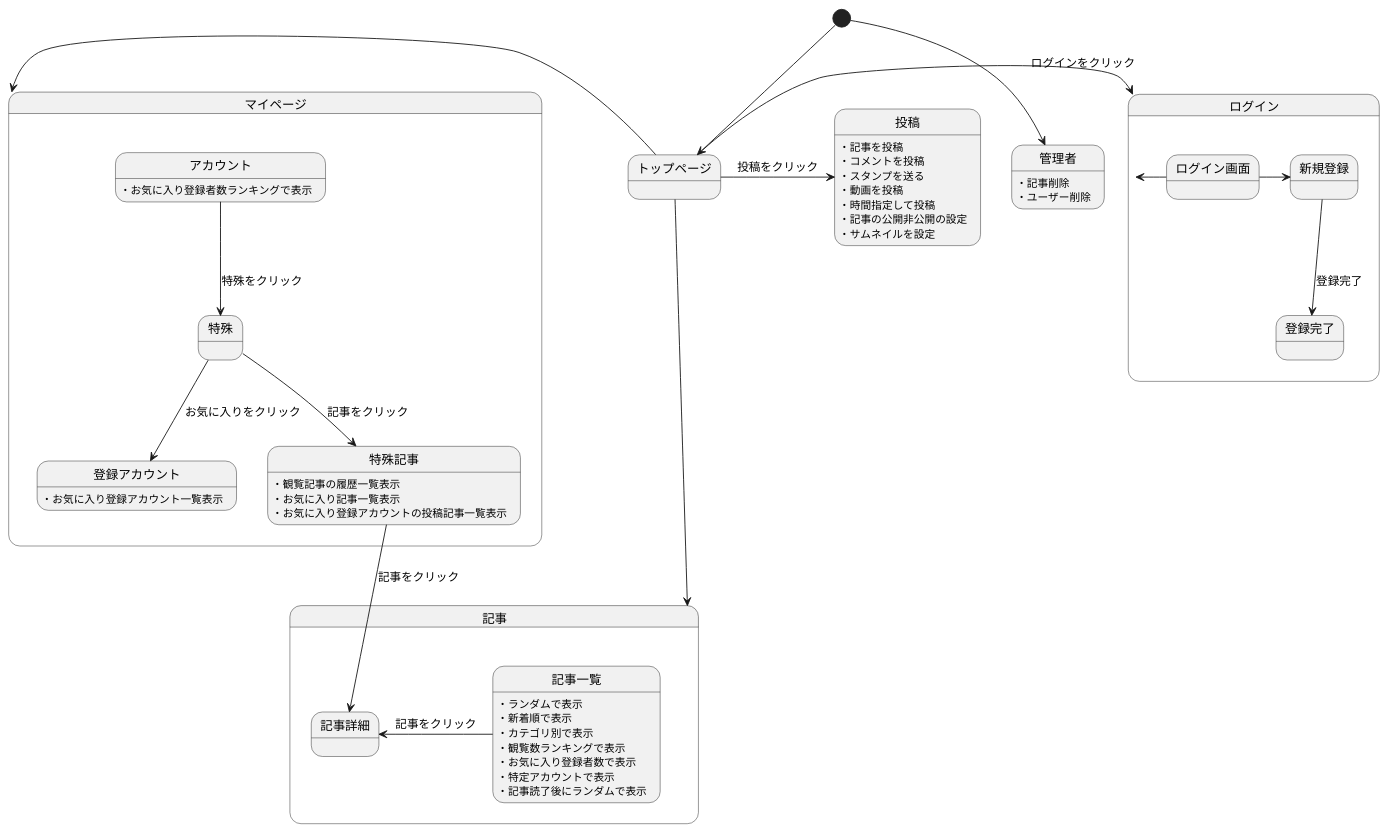
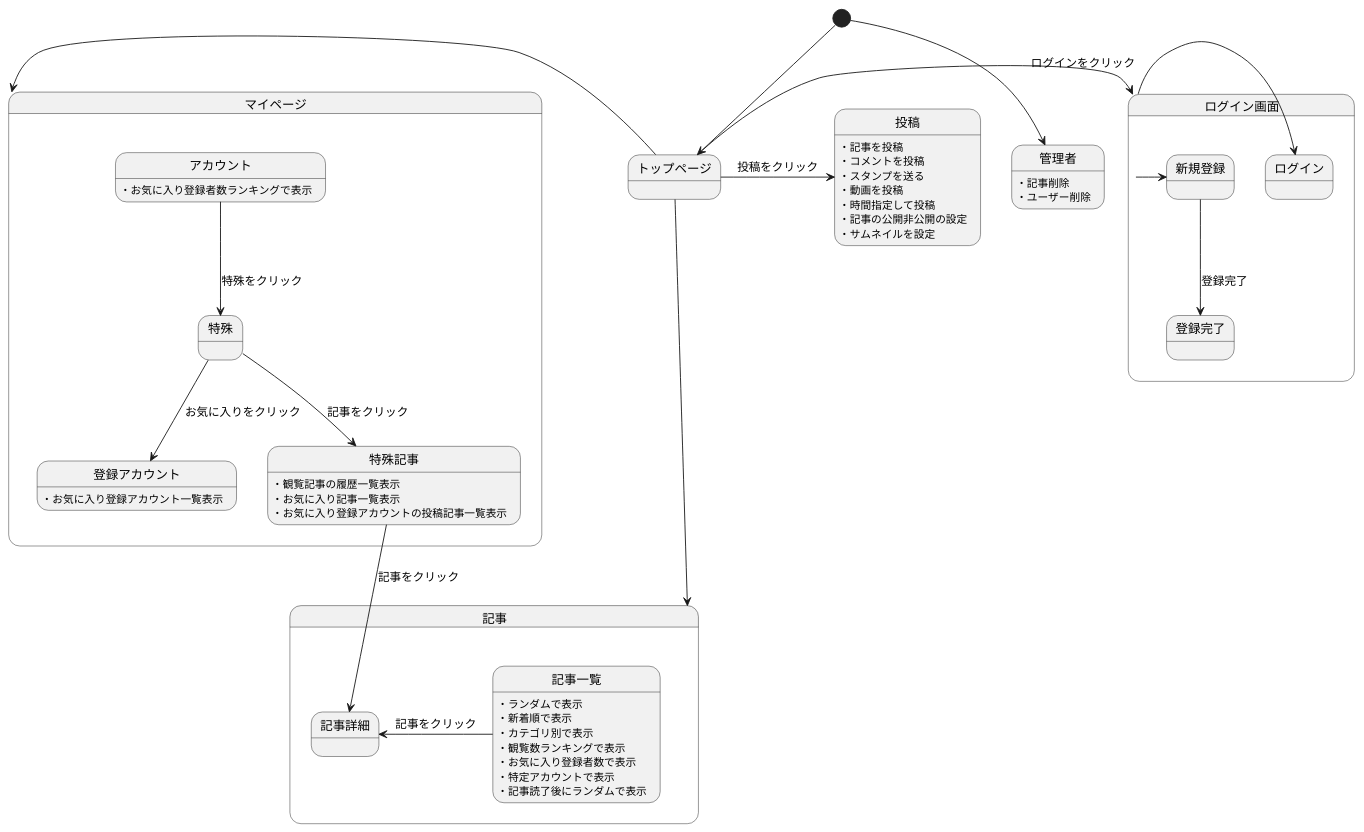
The diagram in 後期画面遷移.md (Aso2001001/2022System), drawn with PlantUML before and after one commit.

````diff
--- a/後期画面遷移.md
+++ b/後期画面遷移.md
@@ -1,64 +1,64 @@
 ```uml
 @startuml
 [*] --> トップページ
 
 
 トップページ -down-> 記事
 トップページ -left-> マイページ
 トップページ -> 投稿 : 投稿をクリック
 投稿:・記事を投稿
 投稿:・コメントを投稿
 投稿:・スタンプを送る
 投稿:・動画を投稿
 投稿:・時間指定して投稿
 投稿:・記事の公開非公開の設定
 投稿:・サムネイルを設定
 
-トップページ -> ログイン : ログインをクリック
+トップページ -> ログイン画面 : ログインをクリック
 
 
-state ログイン{
+state ログイン画面{
 ログイン画面 -> ログイン
 ログイン画面 -> 新規登録
 新規登録 -down-> 登録完了 : 登録完了
 }
 
 
 state 記事{
 記事一覧 -left-> 記事詳細 : 記事をクリック
 
 
 記事一覧:・ランダムで表示
 記事一覧:・新着順で表示
 記事一覧:・カテゴリ別で表示
 記事一覧:・観覧数ランキングで表示
 記事一覧:・お気に入り登録者数で表示
 記事一覧:・特定アカウントで表示
 記事一覧:・記事読了後にランダムで表示
 
 }
 
 state マイページ{
 
 アカウント -down-> 特殊 : 特殊をクリック
 特殊 -down-> 登録アカウント :お気に入りをクリック
 特殊 -down-> 特殊記事 :記事をクリック
 特殊記事 -down-> 記事詳細 :記事をクリック
 
 アカウント:・お気に入り登録者数ランキングで表示
 
 特殊記事:・観覧記事の履歴一覧表示
 特殊記事:・お気に入り記事一覧表示
 登録アカウント:・お気に入り登録アカウント一覧表示
 特殊記事:・お気に入り登録アカウントの投稿記事一覧表示
 
 }
 
 
 [*] --> 管理者
 管理者:・記事削除
 管理者:・ユーザー削除
 
 
 @enduml
 ```
````
